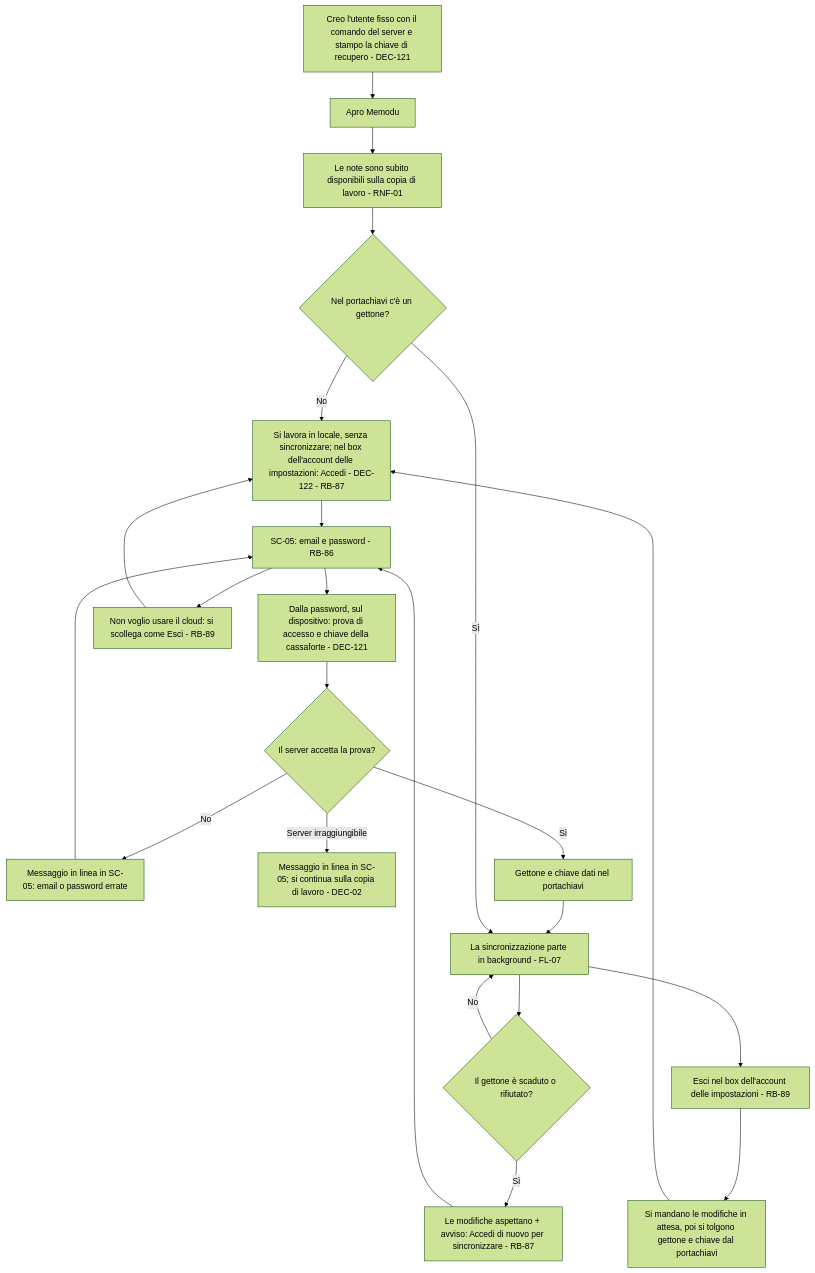
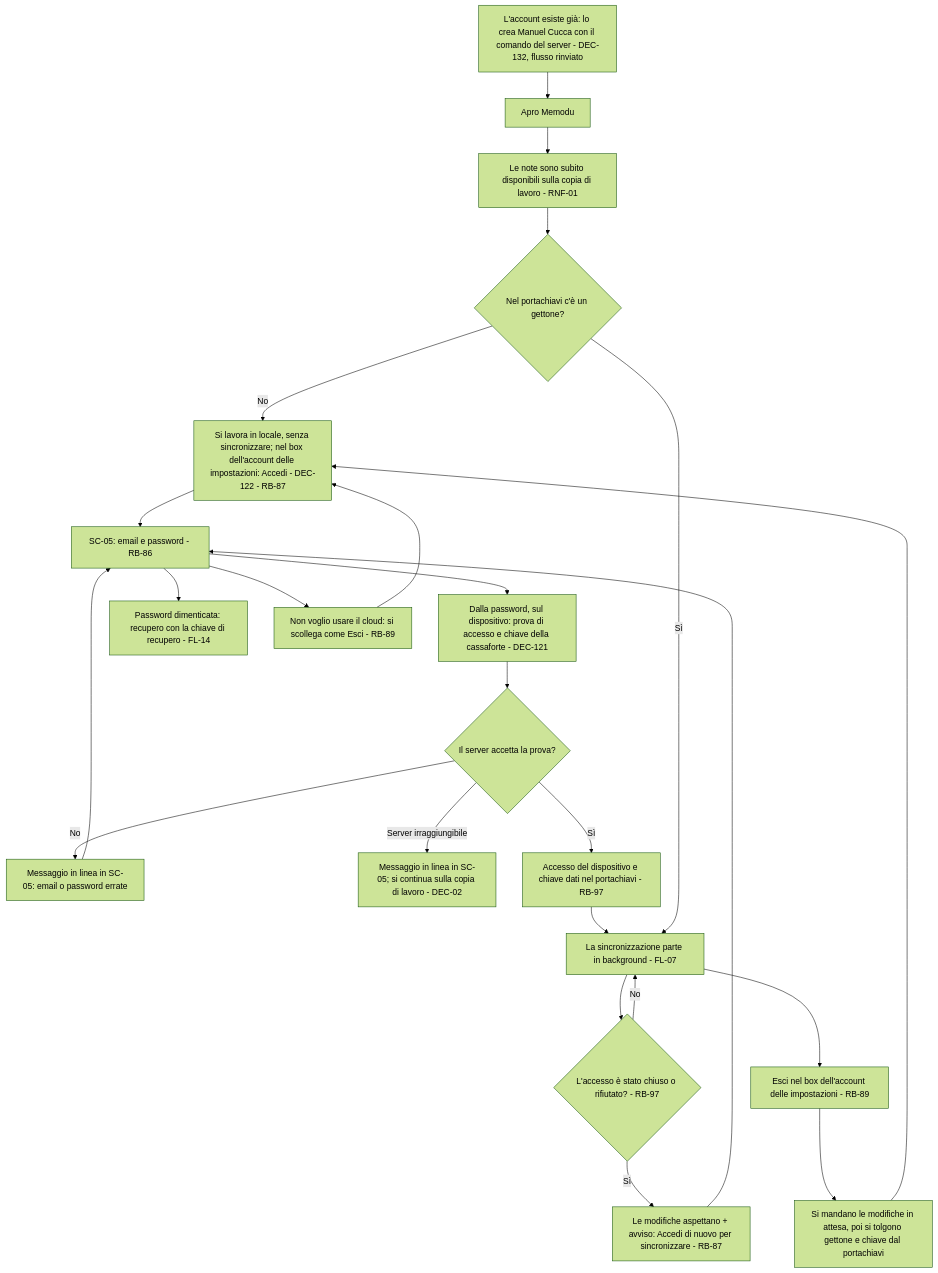
One commit to Helmutsti/MemoDu changed the second of 4 diagrams in docs/moduli/sincronizzazione/2-flussi.md. Above: the diagram before and after it, drawn with Mermaid (forest theme). The commit also changed other lines of this file and 3 other files, not shown here.

Commit message:
DEC-132: Fase 2 degli account nel database approvata, flussi del cambio della password, del recupero e dei dispositivi

````diff
--- a/docs/moduli/sincronizzazione/2-flussi.md
+++ b/docs/moduli/sincronizzazione/2-flussi.md
@@ -67,25 +67,26 @@
 ```mermaid
 flowchart TD
-    A[Creo l'utente fisso con il comando del server e stampo la chiave di recupero - DEC-121] --> C[Apro Memodu]
+    A[L'account esiste già: lo crea Manuel Cucca con il comando del server - DEC-132, flusso rinviato] --> C[Apro Memodu]
     C --> D[Le note sono subito disponibili sulla copia di lavoro - RNF-01]
     D --> M{Nel portachiavi c'è un gettone?}
     M -- No --> L[Si lavora in locale, senza sincronizzare; nel box dell'account delle impostazioni: Accedi - DEC-122 - RB-87]
     L --> S[SC-05: email e password - RB-86]
     S --> P[Dalla password, sul dispositivo: prova di accesso e chiave della cassaforte - DEC-121]
+    S --> Q[Password dimenticata: recupero con la chiave di recupero - FL-14]
     S --> N[Non voglio usare il cloud: si scollega come Esci - RB-89]
     N --> L
     P --> E{Il server accetta la prova?}
     E -- No --> X[Messaggio in linea in SC-05: email o password errate]
     X --> S
     E -- Server irraggiungibile --> R[Messaggio in linea in SC-05; si continua sulla copia di lavoro - DEC-02]
-    E -- Sì --> K[Gettone e chiave dati nel portachiavi]
+    E -- Sì --> K[Accesso del dispositivo e chiave dati nel portachiavi - RB-97]
     K --> F[La sincronizzazione parte in background - FL-07]
     M -- Sì --> F
-    F --> T{Il gettone è scaduto o rifiutato?}
+    F --> T{L'accesso è stato chiuso o rifiutato? - RB-97}
     T -- No --> F
     T -- Sì --> V[Le modifiche aspettano + avviso: Accedi di nuovo per sincronizzare - RB-87]
     V --> S
     F --> U[Esci nel box dell'account delle impostazioni - RB-89]
     U --> W[Si mandano le modifiche in attesa, poi si tolgono gettone e chiave dal portachiavi]
     W --> L
 ```
````
